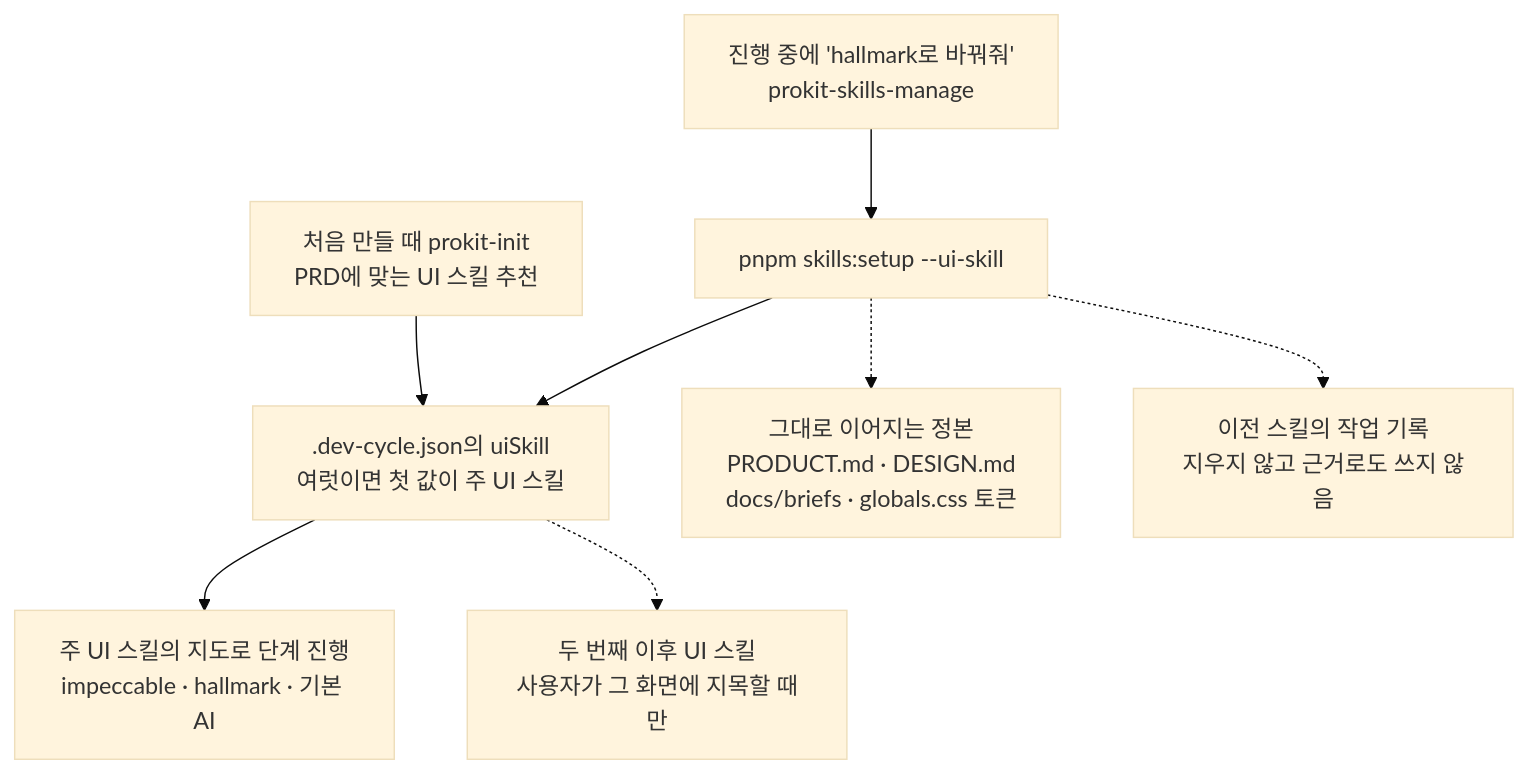
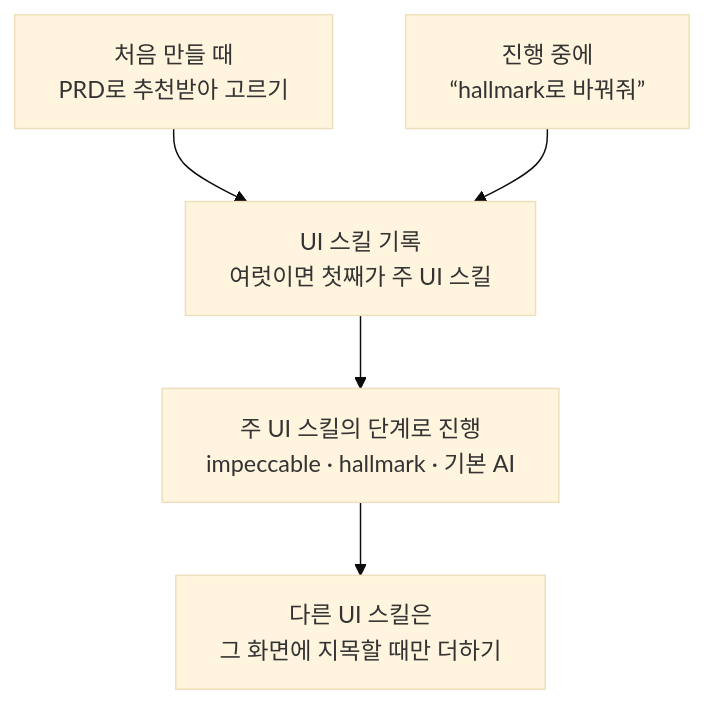
Before and after one commit to roadkwon-ai/pro-kit: the first of 2 diagrams in handbook/design/ui-skillset.md, drawn with Mermaid (base theme). The commit also changed other lines of this file and 2 other files, not shown here.

````diff
--- a/handbook/design/ui-skillset.md
+++ b/handbook/design/ui-skillset.md
@@ -49,10 +51,12 @@
 ```mermaid
+---
+config:
+  flowchart:
+    wrappingWidth: 300
+---
 flowchart TB
-  I["처음 만들 때 prokit-init<br/>PRD에 맞는 UI 스킬 추천"] --> R[".dev-cycle.json의 uiSkill<br/>여럿이면 첫 값이 주 UI 스킬"]
-  CH["진행 중에 'hallmark로 바꿔줘'<br/>prokit-skills-manage"] --> SU["pnpm skills:setup --ui-skill"]
-  SU --> R
-  R --> MAP["주 UI 스킬의 지도로 단계 진행<br/>impeccable · hallmark · 기본 AI"]
-  R -.-> SUB["두 번째 이후 UI 스킬<br/>사용자가 그 화면에 지목할 때만"]
-  SU -.-> KEEP["그대로 이어지는 정본<br/>PRODUCT.md · DESIGN.md<br/>docs/briefs · globals.css 토큰"]
-  SU -.-> OLD["이전 스킬의 작업 기록<br/>지우지 않고 근거로도 쓰지 않음"]
+  I["처음 만들 때<br/>PRD로 추천받아 고르기"] --> R["UI 스킬 기록<br/>여럿이면 첫째가 주 UI 스킬"]
+  CH["진행 중에<br/>“hallmark로 바꿔줘”"] --> R
+  R --> MAP["주 UI 스킬의 단계로 진행<br/>impeccable · hallmark · 기본 AI"]
+  MAP --> SUB["다른 UI 스킬은<br/>그 화면에 지목할 때만 더하기"]
 ```
````
